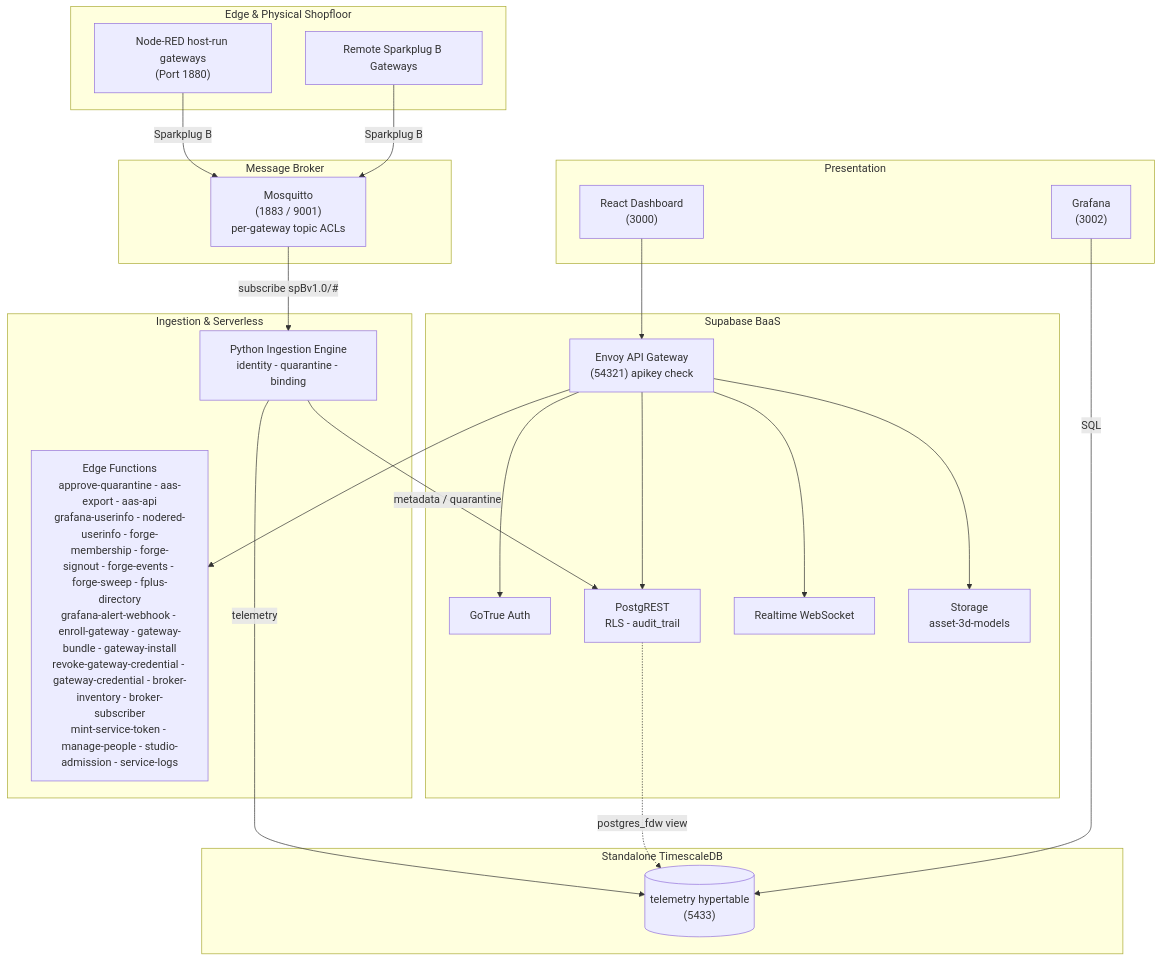
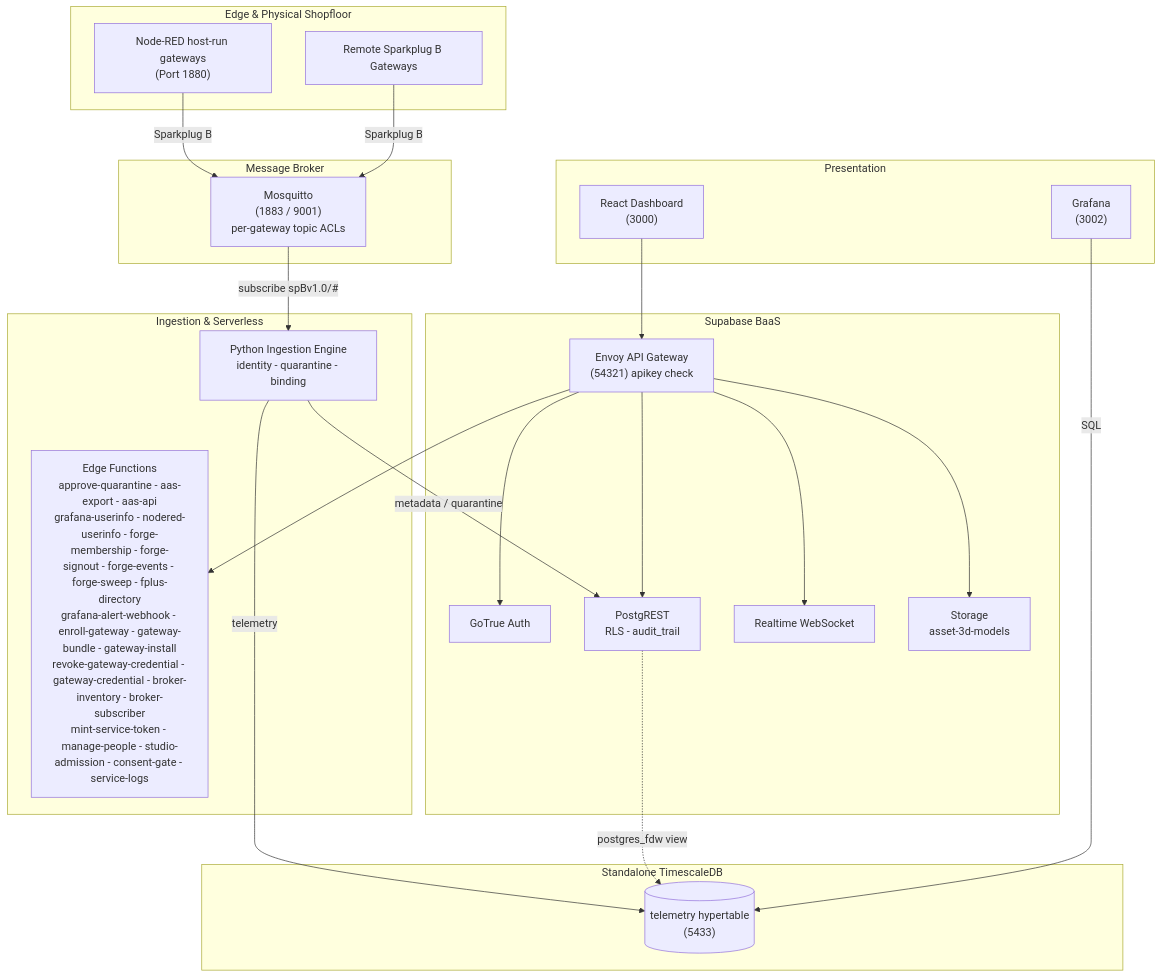
Before and after one commit to Harri-Llewelyn/Aber: the diagram in docs/architecture.md, drawn with Mermaid. The commit also changed other lines of this file and 9 other files, not shown here.

````diff
--- a/docs/architecture.md
+++ b/docs/architecture.md
@@ -43,47 +43,47 @@
 ```mermaid
 flowchart TB
     subgraph Edge ["Edge & Physical Shopfloor"]
         NR["Node-RED host-run gateways<br/>(Port 1880)"]
         DEV["Remote Sparkplug B Gateways"]
     end
 
     subgraph Messaging ["Message Broker"]
         MQTT["Mosquitto<br/>(1883 / 9001)<br/>per-gateway topic ACLs"]
     end
 
     subgraph Processing ["Ingestion & Serverless"]
         ING["Python Ingestion Engine<br/>identity - quarantine - binding"]
-        EF["Edge Functions<br/>approve-quarantine - aas-export - aas-api<br/>grafana-userinfo - nodered-userinfo - forge-membership - forge-signout - forge-events - forge-sweep - fplus-directory<br/>grafana-alert-webhook - enroll-gateway - gateway-bundle - gateway-install<br/>revoke-gateway-credential - gateway-credential - broker-inventory - broker-subscriber<br/>mint-service-token - manage-people - studio-admission - service-logs"]
+        EF["Edge Functions<br/>approve-quarantine - aas-export - aas-api<br/>grafana-userinfo - nodered-userinfo - forge-membership - forge-signout - forge-events - forge-sweep - fplus-directory<br/>grafana-alert-webhook - enroll-gateway - gateway-bundle - gateway-install<br/>revoke-gateway-credential - gateway-credential - broker-inventory - broker-subscriber<br/>mint-service-token - manage-people - studio-admission - consent-gate - service-logs"]
     end
 
     subgraph Supabase ["Supabase BaaS"]
         GW["Envoy API Gateway<br/>(54321) apikey check"]
         AUTH["GoTrue Auth"]
         PGRST["PostgREST<br/>RLS - audit_trail"]
         RT["Realtime WebSocket"]
         STO["Storage<br/>asset-3d-models"]
     end
 
     subgraph TSDB ["Standalone TimescaleDB"]
         TS[("telemetry hypertable<br/>(5433)")]
     end
 
     subgraph UX ["Presentation"]
         UI["React Dashboard<br/>(3000)"]
         GRAF["Grafana<br/>(3002)"]
     end
 
     NR -->|Sparkplug B| MQTT
     DEV -->|Sparkplug B| MQTT
     MQTT -->|subscribe spBv1.0/#| ING
     ING -->|metadata / quarantine| PGRST
     ING -->|telemetry| TS
     UI --> GW
     GW --> AUTH
     GW --> PGRST
     GW --> RT
     GW --> STO
     GW --> EF
     PGRST -.->|postgres_fdw view| TS
     GRAF -->|SQL| TS
 ```
````
